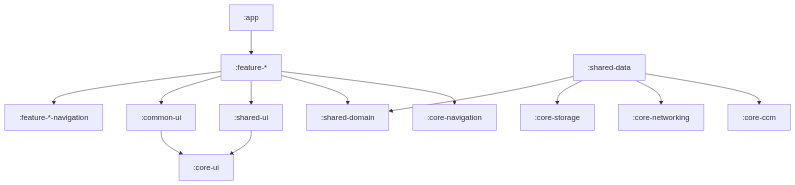
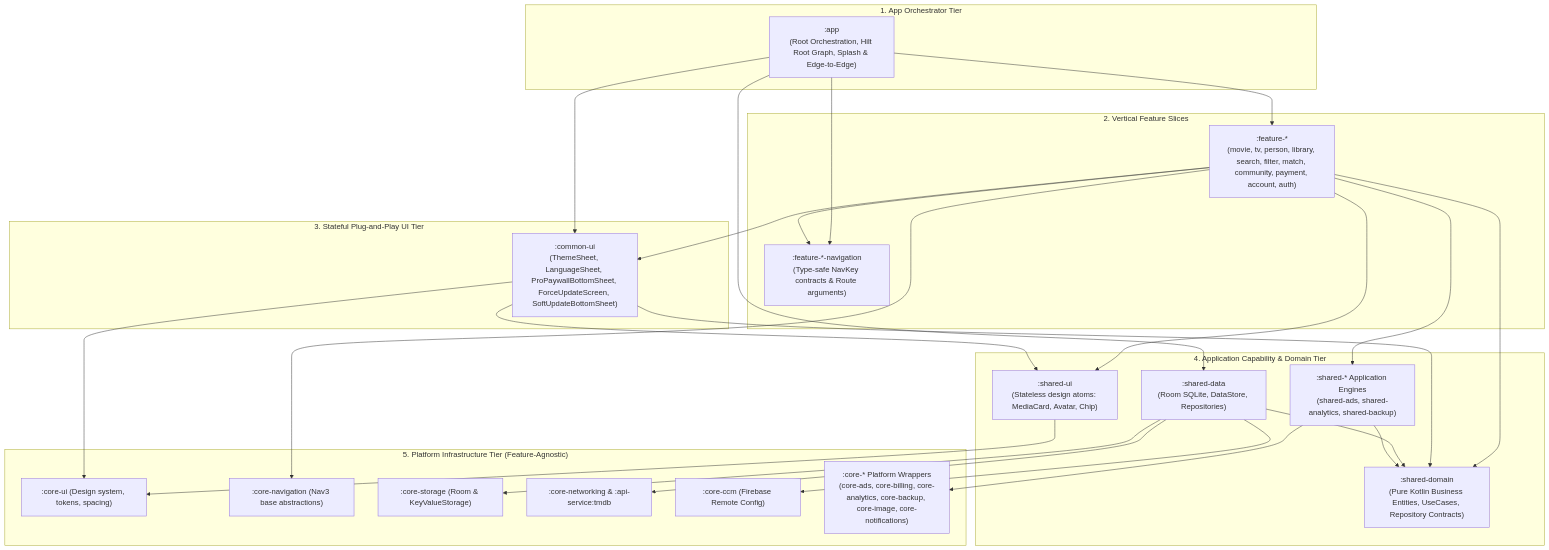
Before and after one commit to SSVerma/ShowTime2: the diagram in README.md, drawn with Mermaid. The commit also changed other lines of this file, not shown here.

Commit message:
docs(readme): add full 5-tier architecture diagram and module taxonomy

````diff
--- a/README.md
+++ b/README.md
@@ -68,17 +68,58 @@
 ```mermaid
 flowchart TD
-    App[":app"] --> Features[":feature-*"]
-    Features --> FeatureNav[":feature-*-navigation"]
-    Features --> CommonUI[":common-ui"]
-    Features --> SharedUI[":shared-ui"]
-    Features --> SharedDomain[":shared-domain"]
-    
-    SharedData[":shared-data"] --> SharedDomain
-    SharedData --> CoreStorage[":core-storage"]
-    SharedData --> CoreNetworking[":core-networking"]
-    SharedData --> CoreCCM[":core-ccm"]
-    
-    CommonUI --> CoreUI[":core-ui"]
+    subgraph AppTier ["1. App Orchestrator Tier"]
+        App[":app<br/>(Root Orchestration, Hilt Root Graph, Splash & Edge-to-Edge)"]
+    end
+
+    subgraph FeatureTier ["2. Vertical Feature Slices"]
+        FeatureImpl[":feature-*<br/>(movie, tv, person, library, search, filter, match, community, payment, account, auth)"]
+        FeatureNav[":feature-*-navigation<br/>(Type-safe NavKey contracts & Route arguments)"]
+    end
+
+    subgraph CommonUITier ["3. Stateful Plug-and-Play UI Tier"]
+        CommonUI[":common-ui<br/>(ThemeSheet, LanguageSheet, ProPaywallBottomSheet, ForceUpdateScreen, SoftUpdateBottomSheet)"]
+    end
+
+    subgraph SharedTier ["4. Application Capability & Domain Tier"]
+        SharedUI[":shared-ui<br/>(Stateless design atoms: MediaCard, Avatar, Chip)"]
+        SharedDomain[":shared-domain<br/>(Pure Kotlin Business Entities, UseCases, Repository Contracts)"]
+        SharedData[":shared-data<br/>(Room SQLite, DataStore, Repositories)"]
+        SharedTwins[":shared-* Application Engines<br/>(shared-ads, shared-analytics, shared-backup)"]
+    end
+
+    subgraph CoreTier ["5. Platform Infrastructure Tier (Feature-Agnostic)"]
+        CoreUI[":core-ui (Design system, tokens, spacing)"]
+        CoreNav[":core-navigation (Nav3 base abstractions)"]
+        CoreStorage[":core-storage (Room & KeyValueStorage)"]
+        CoreNet[":core-networking & :api-service:tmdb"]
+        CoreCCM[":core-ccm (Firebase Remote Config)"]
+        CoreTwins[":core-* Platform Wrappers<br/>(core-ads, core-billing, core-analytics, core-backup, core-image, core-notifications)"]
+    end
+
+    %% Dependency flow
+    App --> FeatureImpl
+    App --> FeatureNav
+    App --> CommonUI
+    App --> SharedData
+
+    FeatureImpl --> FeatureNav
+    FeatureImpl --> CommonUI
+    FeatureImpl --> SharedUI
+    FeatureImpl --> SharedDomain
+    FeatureImpl --> SharedTwins
+    FeatureImpl --> CoreNav
+
+    CommonUI --> SharedDomain
+    CommonUI --> SharedUI
+    CommonUI --> CoreUI
+
+    SharedData --> SharedDomain
+    SharedData --> CoreStorage
+    SharedData --> CoreNet
+    SharedData --> CoreCCM
+
+    SharedTwins --> CoreTwins
+    SharedTwins --> SharedDomain
+
     SharedUI --> CoreUI
-    Features --> CoreNavigation[":core-navigation"]
 ```
````
